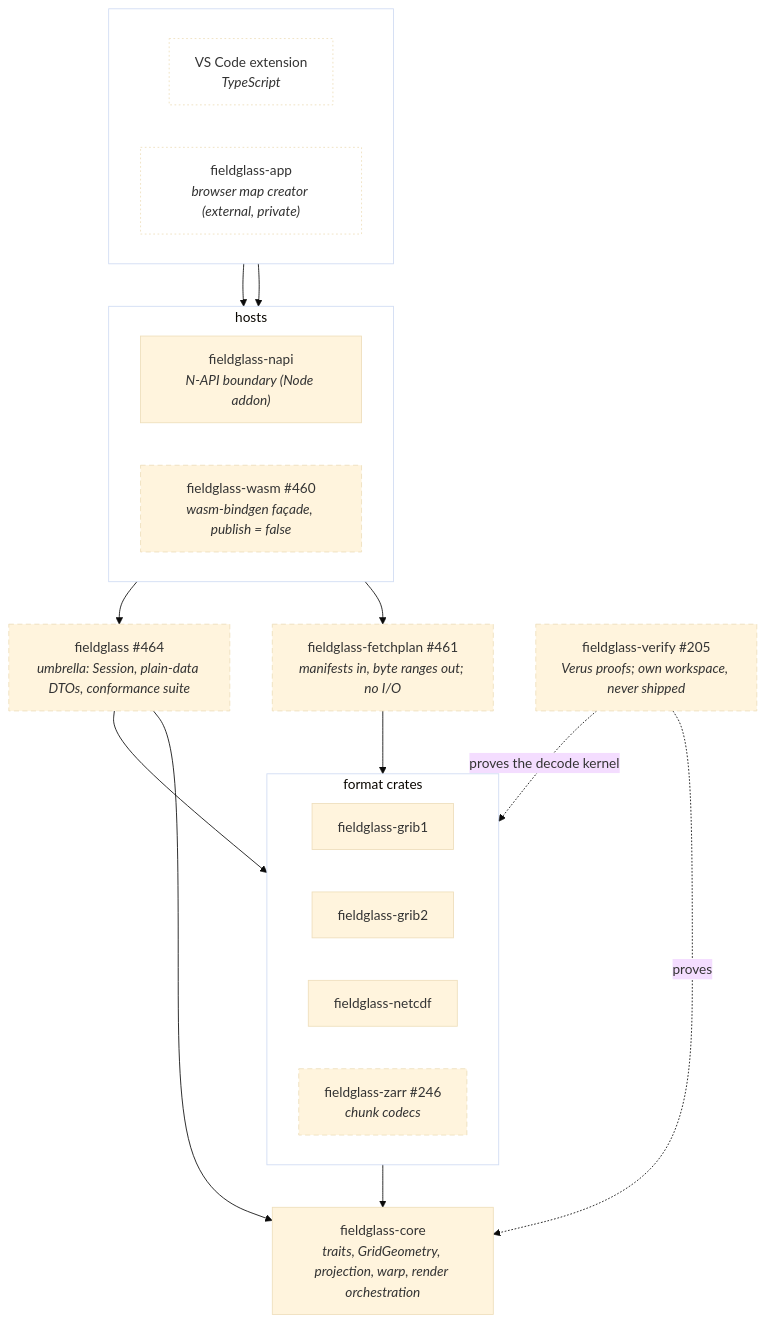
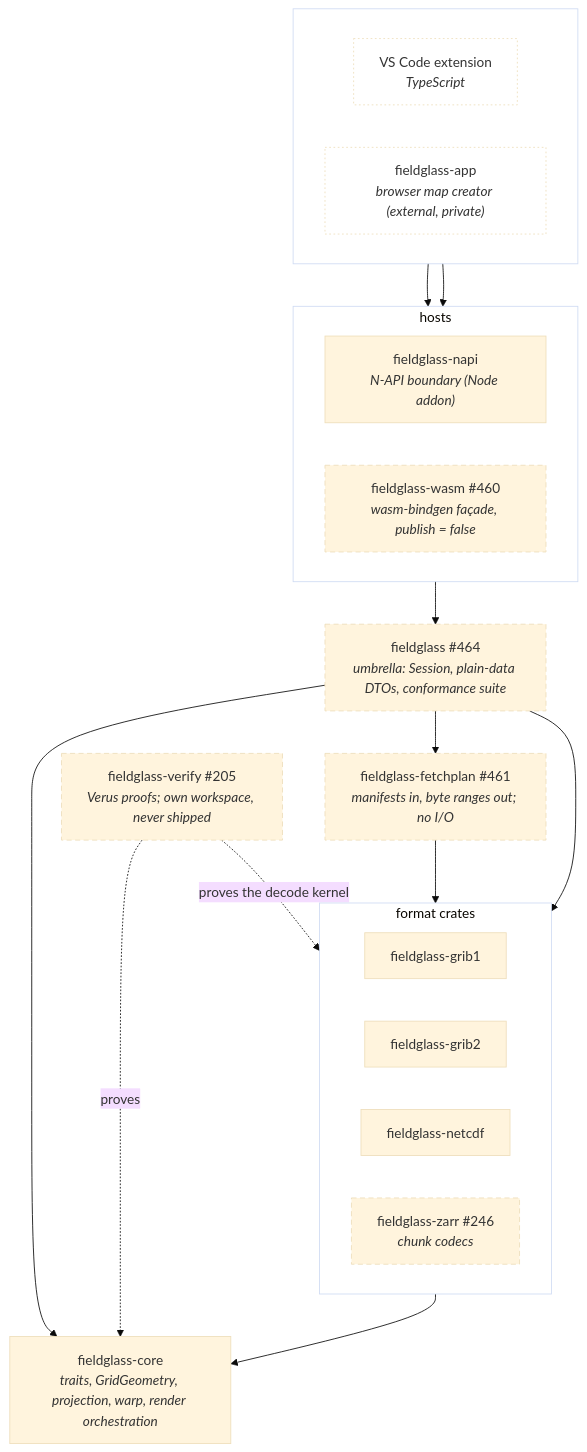
One commit to D0ubleD0uble/fieldglass changed the diagram in docs/architecture/planned/01-crates.md. Above: the diagram before and after it, drawn with Mermaid (base theme). The commit also changed other lines of this file and 1 other file, not shown here.

First line of the commit message:
docs(architecture): route fetchplan through the fieldglass umbrella

````diff
--- a/docs/architecture/planned/01-crates.md
+++ b/docs/architecture/planned/01-crates.md
@@ -11,42 +11,42 @@
 ```mermaid
 flowchart TB
     subgraph consumers[" "]
         direction LR
         ext["VS Code extension<br/><i>TypeScript</i>"]
         app["fieldglass-app<br/><i>browser map creator (external, private)</i>"]
     end
     subgraph hosts["hosts"]
         direction LR
         napi["fieldglass-napi<br/><i>N-API boundary (Node addon)</i>"]
         wasm["fieldglass-wasm #460<br/><i>wasm-bindgen façade, publish = false</i>"]
     end
     subgraph formats["format crates"]
         direction LR
         grib1["fieldglass-grib1"]
         grib2["fieldglass-grib2"]
         netcdf["fieldglass-netcdf"]
         zarr["fieldglass-zarr #246<br/><i>chunk codecs</i>"]
     end
     api["fieldglass #464<br/><i>umbrella: Session, plain-data DTOs, conformance suite</i>"]
     fetchplan["fieldglass-fetchplan #461<br/><i>manifests in, byte ranges out; no I/O</i>"]
     core["fieldglass-core<br/><i>traits, GridGeometry, projection, warp, render orchestration</i>"]
     verify["fieldglass-verify #205<br/><i>Verus proofs; own workspace, never shipped</i>"]
 
     ext --> napi
     app --> wasm
     hosts --> api
-    wasm --> fetchplan
     api --> formats
     api --> core
+    api --> fetchplan
     fetchplan --> grib2
     formats --> core
     verify -. proves the decode kernel .-> formats
     verify -. proves .-> core
 
     classDef planned stroke-dasharray: 6 4
     classDef external fill:none,stroke-dasharray: 2 3
     classDef group fill:none
     class wasm,api,fetchplan,zarr,verify planned
     class app,ext external
     class consumers,hosts,formats group
 ```
````
